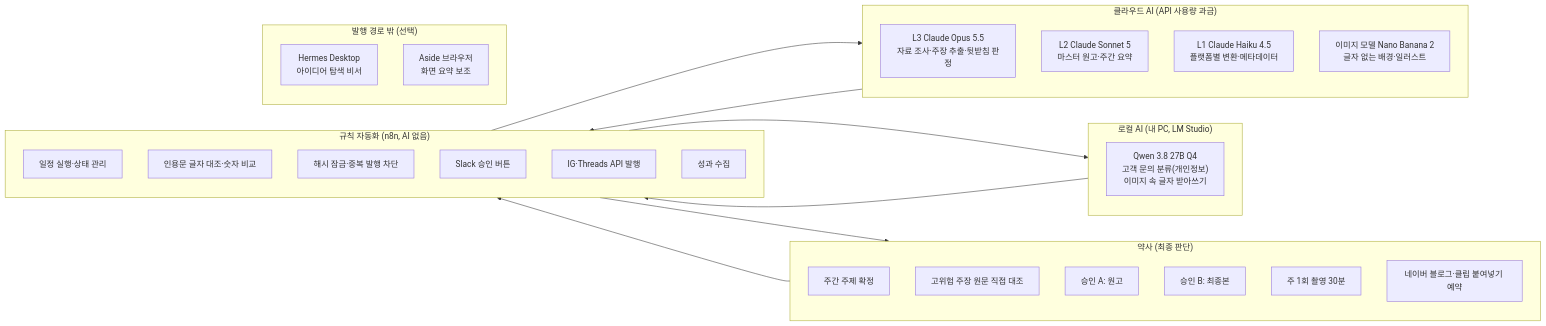
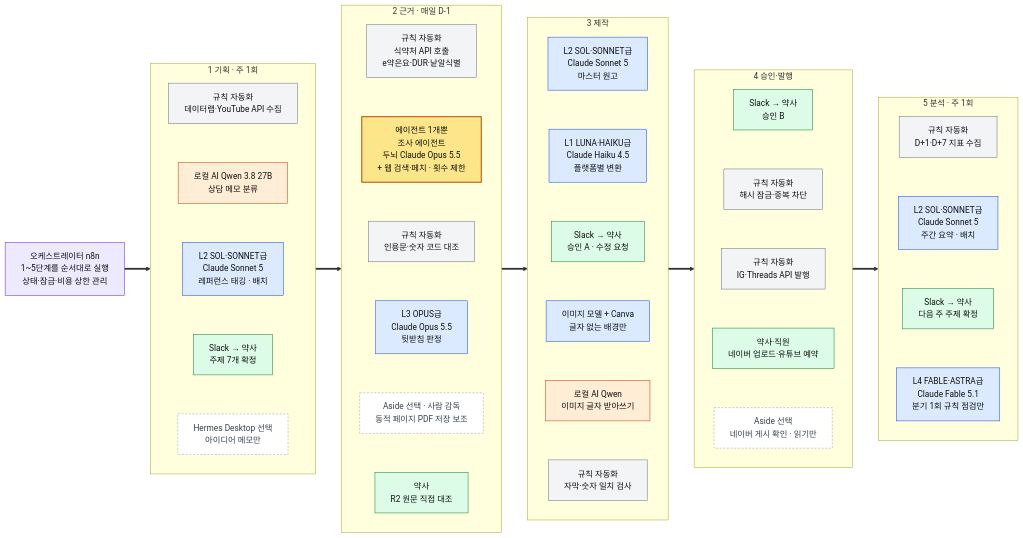
Before and after one commit to wsh7254-cloud/SY-Medi: the second of 7 diagrams in docs/content-system-design.md, drawn with Mermaid. The commit also changed other lines of this file and 1 other file, not shown here.

````diff
--- a/docs/content-system-design.md
+++ b/docs/content-system-design.md
@@ -132,38 +186,59 @@
 ```mermaid
 flowchart LR
-    subgraph ME["약사 (최종 판단)"]
-        P1["주간 주제 확정"]
-        P2["고위험 주장 원문 직접 대조"]
-        P3["승인 A: 원고"]
-        P4["승인 B: 최종본"]
-        P5["주 1회 촬영 30분"]
-        P6["네이버 블로그·클립 붙여넣기 예약"]
+    ORC["오케스트레이터 n8n<br/>1~5단계를 순서대로 실행<br/>상태·잠금·비용 상한 관리"]:::orc
+    subgraph P1["1 기획 · 주 1회"]
+        direction TB
+        a2["규칙 자동화<br/>데이터랩·YouTube API 수집"]:::rule
+        a3["로컬 AI Qwen 3.8 27B<br/>상담 메모 분류"]:::local
+        a4["L2 SOL·SONNET급<br/>Claude Sonnet 5<br/>레퍼런스 태깅 · 배치"]:::cloud
+        a5["Slack → 약사<br/>주제 7개 확정"]:::human
+        a6["Hermes Desktop 선택<br/>아이디어 메모만"]:::outside
+        a2 ~~~ a3 ~~~ a4 ~~~ a5 ~~~ a6
     end
-    subgraph CL["클라우드 AI (API 사용량 과금)"]
-        C3["L3 Claude Opus 5.5<br/>자료 조사·주장 추출·뒷받침 판정"]
-        C2["L2 Claude Sonnet 5<br/>마스터 원고·주간 요약"]
-        C1["L1 Claude Haiku 4.5<br/>플랫폼별 변환·메타데이터"]
-        CI["이미지 모델 Nano Banana 2<br/>글자 없는 배경·일러스트"]
+    subgraph P2["2 근거 · 매일 D-1"]
+        direction TB
+        b1["규칙 자동화<br/>식약처 API 호출<br/>e약은요·DUR·낱알식별"]:::rule
+        b2["에이전트 1개뿐<br/>조사 에이전트<br/>두뇌 Claude Opus 5.5<br/>+ 웹 검색·페치 · 횟수 제한"]:::agent
+        b3["규칙 자동화<br/>인용문·숫자 코드 대조"]:::rule
+        b4["L3 OPUS급<br/>Claude Opus 5.5<br/>뒷받침 판정"]:::cloud
+        b5["Aside 선택 · 사람 감독<br/>동적 페이지 PDF 저장 보조"]:::outside
+        b6["약사<br/>R2 원문 직접 대조"]:::human
+        b1 ~~~ b2 ~~~ b3 ~~~ b4 ~~~ b5 ~~~ b6
     end
-    subgraph LO["로컬 AI (내 PC, LM Studio)"]
-        L1["Qwen 3.8 27B Q4<br/>고객 문의 분류(개인정보)<br/>이미지 속 글자 받아쓰기"]
+    subgraph P3["3 제작"]
+        direction TB
+        c1["L2 SOL·SONNET급<br/>Claude Sonnet 5<br/>마스터 원고"]:::cloud
+        c2["L1 LUNA·HAIKU급<br/>Claude Haiku 4.5<br/>플랫폼별 변환"]:::cloud
+        c3["Slack → 약사<br/>승인 A · 수정 요청"]:::human
+        c4["이미지 모델 + Canva<br/>글자 없는 배경만"]:::cloud
+        c5["로컬 AI Qwen<br/>이미지 글자 받아쓰기"]:::local
+        c6["규칙 자동화<br/>자막·숫자 일치 검사"]:::rule
+        c1 ~~~ c2 ~~~ c3 ~~~ c4 ~~~ c5 ~~~ c6
     end
-    subgraph AU["규칙 자동화 (n8n, AI 없음)"]
-        A1["일정 실행·상태 관리"]
-        A2["인용문 글자 대조·숫자 비교"]
-        A3["해시 잠금·중복 발행 차단"]
-        A4["Slack 승인 버튼"]
-        A5["IG·Threads API 발행"]
-        A6["성과 수집"]
+    subgraph P4["4 승인·발행"]
+        direction TB
+        d1["Slack → 약사<br/>승인 B"]:::human
+        d2["규칙 자동화<br/>해시 잠금·중복 차단"]:::rule
+        d3["규칙 자동화<br/>IG·Threads API 발행"]:::rule
+        d4["약사·직원<br/>네이버 업로드·유튜브 예약"]:::human
+        d5["Aside 선택<br/>네이버 게시 확인 · 읽기만"]:::outside
+        d1 ~~~ d2 ~~~ d3 ~~~ d4 ~~~ d5
     end
-    subgraph OUT["발행 경로 밖 (선택)"]
-        O1["Hermes Desktop<br/>아이디어 탐색 비서"]
-        O2["Aside 브라우저<br/>화면 요약 보조"]
+    subgraph P5["5 분석 · 주 1회"]
+        direction TB
+        e1["규칙 자동화<br/>D+1·D+7 지표 수집"]:::rule
+        e2["L2 SOL·SONNET급<br/>Claude Sonnet 5<br/>주간 요약 · 배치"]:::cloud
+        e3["Slack → 약사<br/>다음 주 주제 확정"]:::human
+        e4["L4 FABLE·ASTRA급<br/>Claude Fable 5.1<br/>분기 1회 규칙 점검만"]:::cloud
+        e1 ~~~ e2 ~~~ e3 ~~~ e4
     end
-    AU --> CL
-    AU --> LO
-    CL --> AU
-    LO --> AU
-    AU --> ME
-    ME --> AU
+    ORC ==> P1 ==> P2 ==> P3 ==> P4 ==> P5
+
+    classDef orc fill:#ede9fe,stroke:#6d28d9,color:#111
+    classDef rule fill:#f3f4f6,stroke:#6b7280,color:#111
+    classDef cloud fill:#dbeafe,stroke:#1d4ed8,color:#111
+    classDef agent fill:#fde68a,stroke:#b45309,color:#111,stroke-width:2px
+    classDef local fill:#ffedd5,stroke:#c2410c,color:#111
+    classDef human fill:#dcfce7,stroke:#15803d,color:#111
+    classDef outside fill:#ffffff,stroke:#9ca3af,color:#374151,stroke-dasharray:4 3
 ```
````
